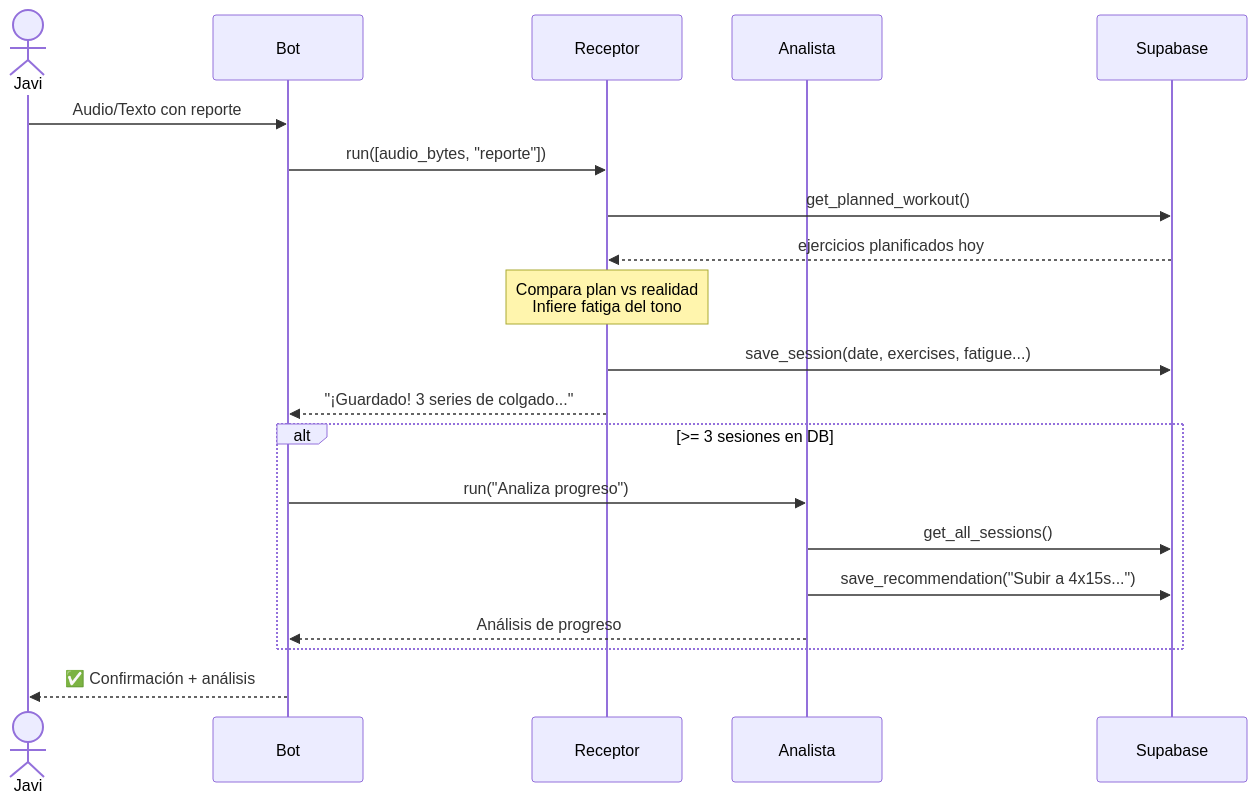
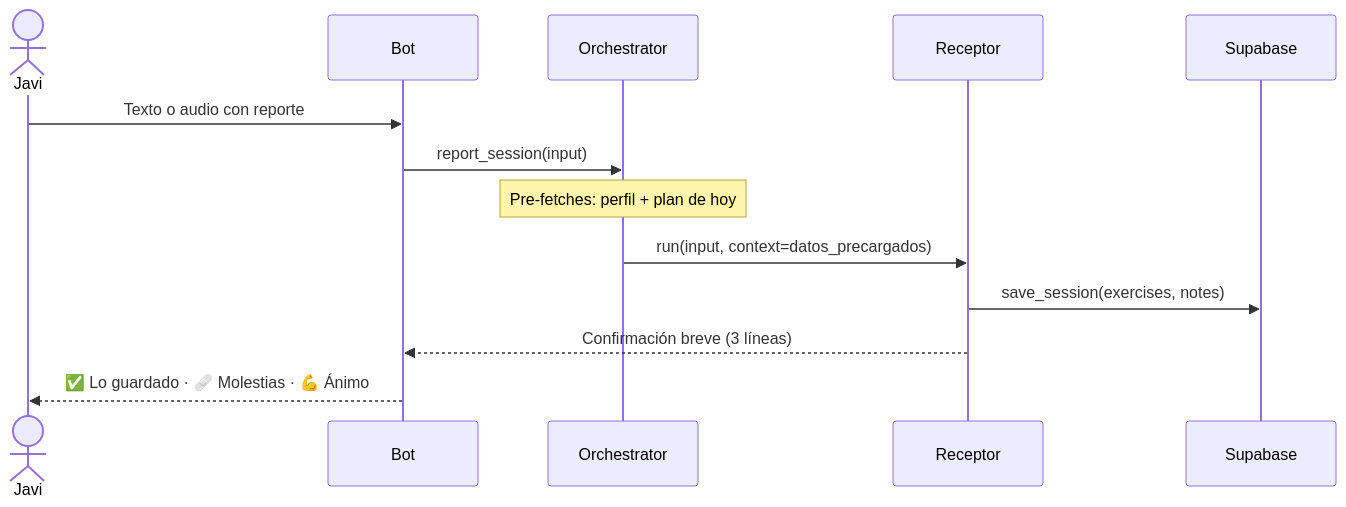
The third of 3 diagrams in README.md (JavierRubio4U/calistenia), drawn with Mermaid before and after one commit. The commit also changed other lines of this file and 10 other files, not shown here.

````diff
--- a/README.md
+++ b/README.md
@@ -158,25 +171,16 @@
 ```mermaid
 sequenceDiagram
     actor Javi
     participant Bot
+    participant Orchestrator
     participant Receptor
-    participant Analista
     participant Supabase
 
-    Javi->>Bot: Audio/Texto con reporte
-    Bot->>Receptor: run([audio_bytes, "reporte"])
-    Receptor->>Supabase: get_planned_workout()
-    Supabase-->>Receptor: ejercicios planificados hoy
-    Note over Receptor: Compara plan vs realidad<br/>Infiere fatiga del tono
-    Receptor->>Supabase: save_session(date, exercises, fatigue...)
-    Receptor-->>Bot: "¡Guardado! 3 series de colgado..."
-    
-    alt >= 3 sesiones en DB
-        Bot->>Analista: run("Analiza progreso")
-        Analista->>Supabase: get_all_sessions()
-        Analista->>Supabase: save_recommendation("Subir a 4x15s...")
-        Analista-->>Bot: Análisis de progreso
-    end
-    
-    Bot-->>Javi: ✅ Confirmación + análisis
+    Javi->>Bot: Texto o audio con reporte
+    Bot->>Orchestrator: report_session(input)
+    Note over Orchestrator: Pre-fetches: perfil + plan de hoy
+    Orchestrator->>Receptor: run(input, context=datos_precargados)
+    Receptor->>Supabase: save_session(exercises, notes)
+    Receptor-->>Bot: Confirmación breve (3 líneas)
+    Bot-->>Javi: ✅ Lo guardado · 🩹 Molestias · 💪 Ánimo
 ```
````
